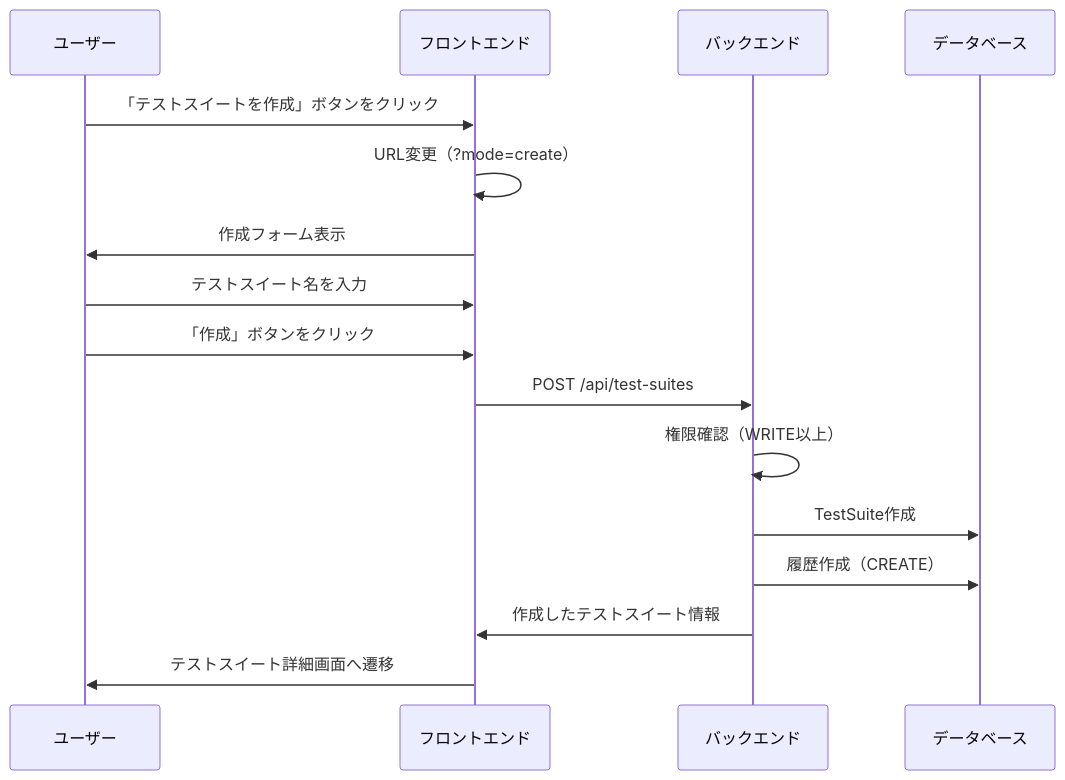
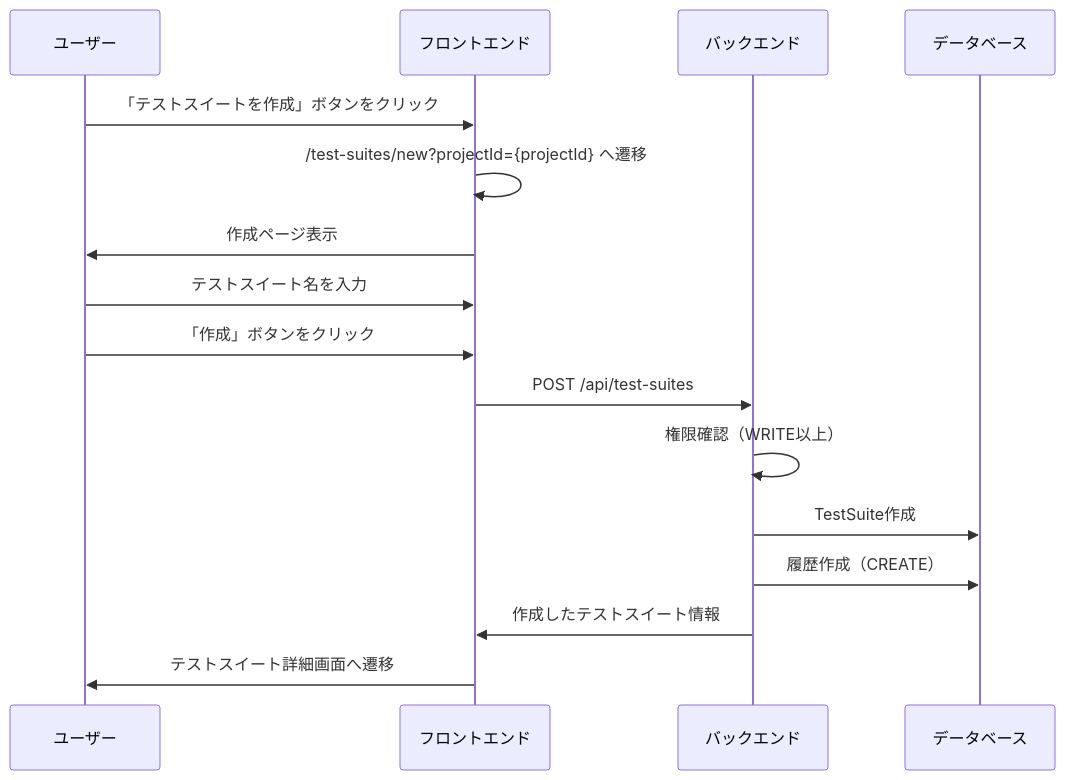
Before and after one commit to tsutsumi389/agentest: the first of 7 diagrams in docs/architecture/features/test-suite-management.md, drawn with Mermaid. The commit also changed other lines of this file and 6 other files, not shown here.

````diff
--- a/docs/architecture/features/test-suite-management.md
+++ b/docs/architecture/features/test-suite-management.md
@@ -166,19 +170,19 @@
 ```mermaid
 sequenceDiagram
     participant U as ユーザー
     participant F as フロントエンド
     participant B as バックエンド
     participant DB as データベース
 
     U->>F: 「テストスイートを作成」ボタンをクリック
-    F->>F: URL変更（?mode=create）
-    F->>U: 作成フォーム表示
+    F->>F: /test-suites/new?projectId={projectId} へ遷移
+    F->>U: 作成ページ表示
     U->>F: テストスイート名を入力
     U->>F: 「作成」ボタンをクリック
     F->>B: POST /api/test-suites
     B->>B: 権限確認（WRITE以上）
     B->>DB: TestSuite作成
     B->>DB: 履歴作成（CREATE）
     B->>F: 作成したテストスイート情報
     F->>U: テストスイート詳細画面へ遷移
 ```
````
